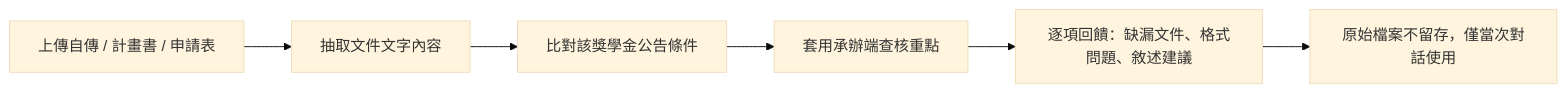
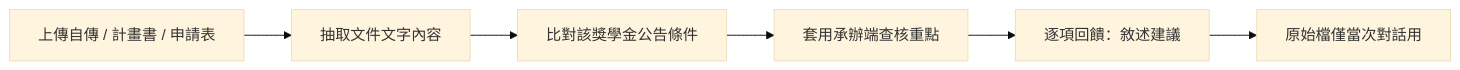
The third of 4 diagrams in docs/使用手冊.md (io-software-ai/NCUE-Scholarship), drawn with Mermaid (base theme) before and after one commit. The commit also changed other lines of this file and 2 other files, not shown here.

````diff
--- a/docs/使用手冊.md
+++ b/docs/使用手冊.md
@@ -192,8 +197,8 @@
 ```mermaid
 flowchart LR
     A[上傳自傳 / 計畫書 / 申請表] --> B[抽取文件文字內容]
     B --> C[比對該獎學金公告條件]
     C --> D[套用承辦端查核重點]
-    D --> E[逐項回饋：缺漏文件、格式問題、敘述建議]
-    E --> F[原始檔案不留存，僅當次對話使用]
+    D --> E[逐項回饋：敘述建議]
+    E --> F[原始檔僅當次對話用]
 ```
````
